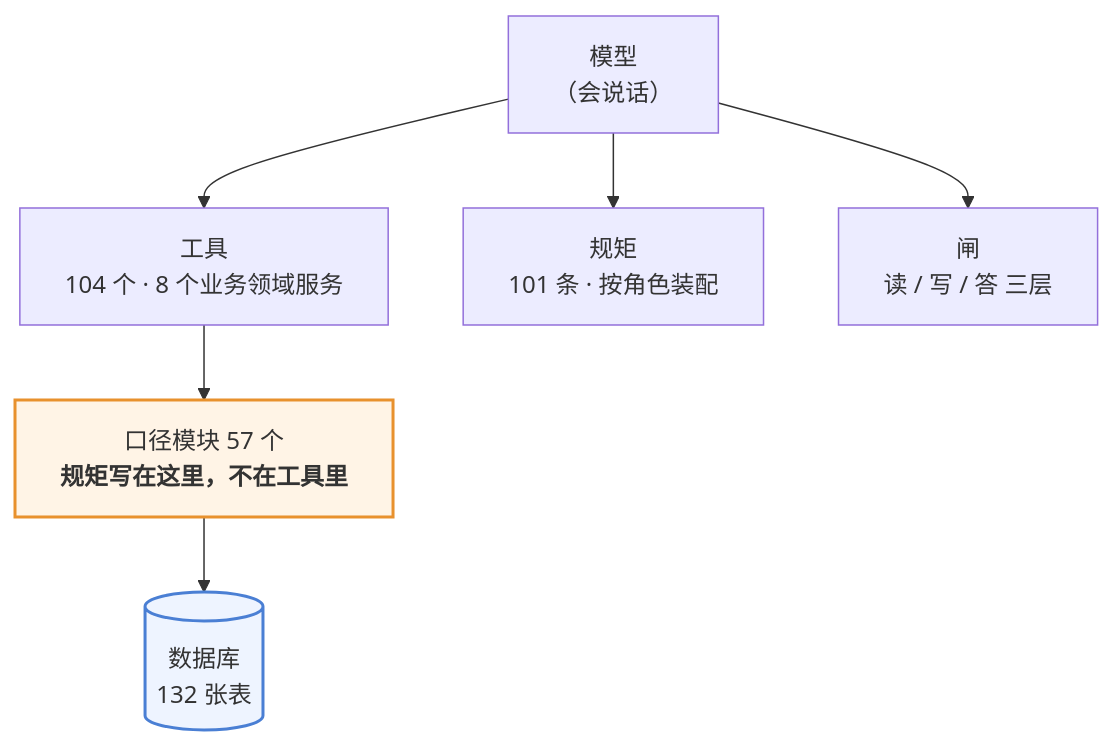
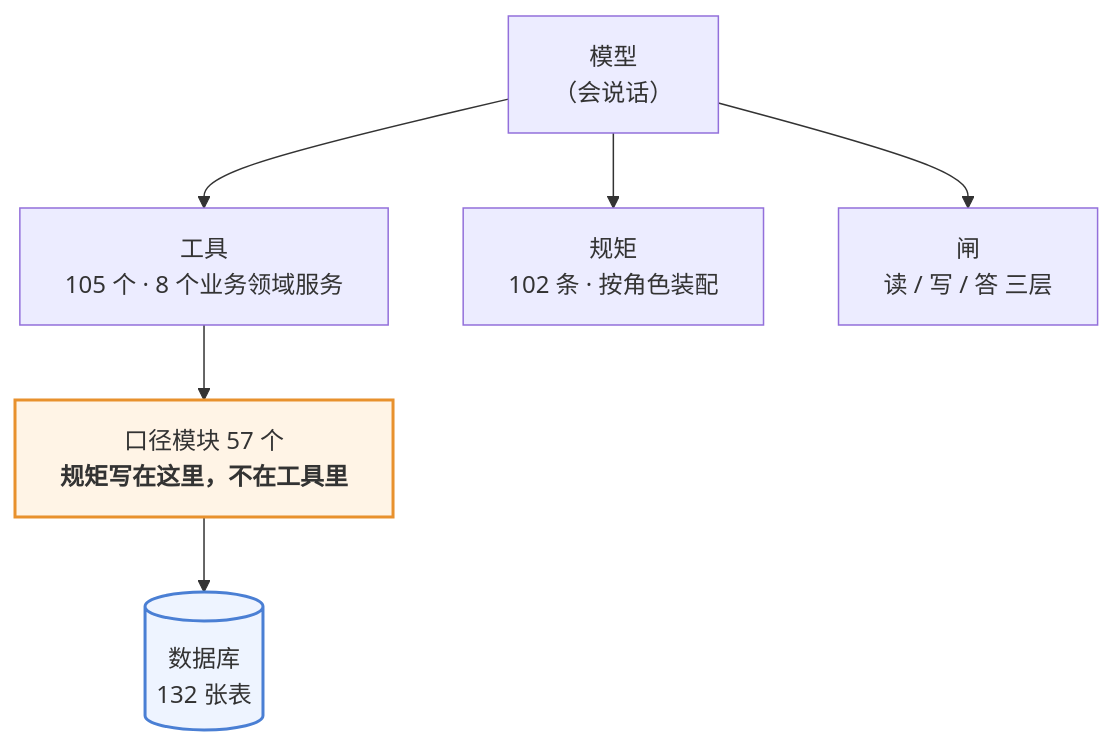
The first of 3 diagrams in 澜绣云裳agent-产品说明.md (843773296-rgb/lanxiu-yunshang-agent), drawn with Mermaid before and after one commit. The commit also changed other lines of this file and 22 other files, not shown here.

````diff
--- a/澜绣云裳agent-产品说明.md
+++ b/澜绣云裳agent-产品说明.md
@@ -62,12 +62,12 @@
 ```mermaid
 flowchart TD
     M["模型<br/>（会说话）"]
-    M --> T["工具<br/>104 个 · 8 个业务领域服务"]
-    M --> R["规矩<br/>101 条 · 按角色装配"]
+    M --> T["工具<br/>105 个 · 8 个业务领域服务"]
+    M --> R["规矩<br/>102 条 · 按角色装配"]
     M --> G["闸<br/>读 / 写 / 答 三层"]
     T --> K["口径模块 57 个<br/><b>规矩写在这里，不在工具里</b>"]
     K --> DB[("数据库<br/>132 张表")]
 
     style K fill:#fff4e6,stroke:#e8912d,stroke-width:2px
     style DB fill:#eef4ff,stroke:#4a7fd4,stroke-width:2px
 ```
````
